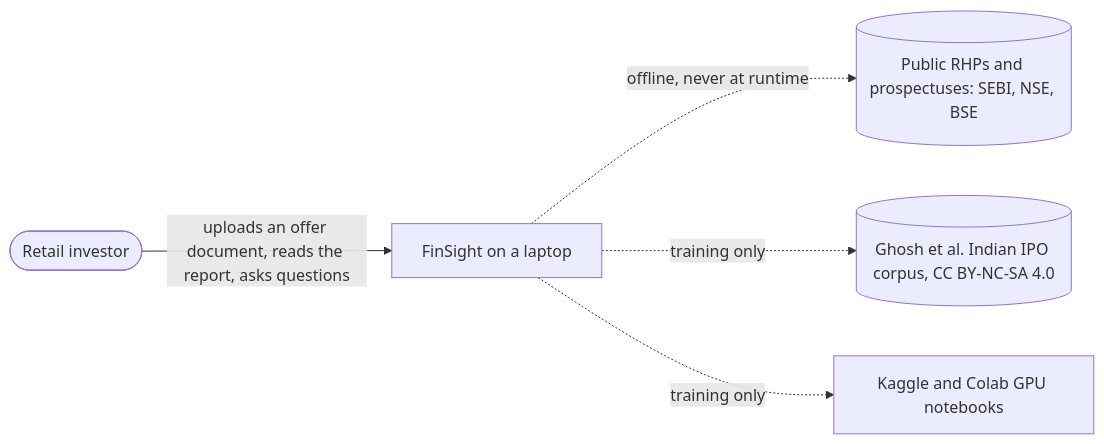
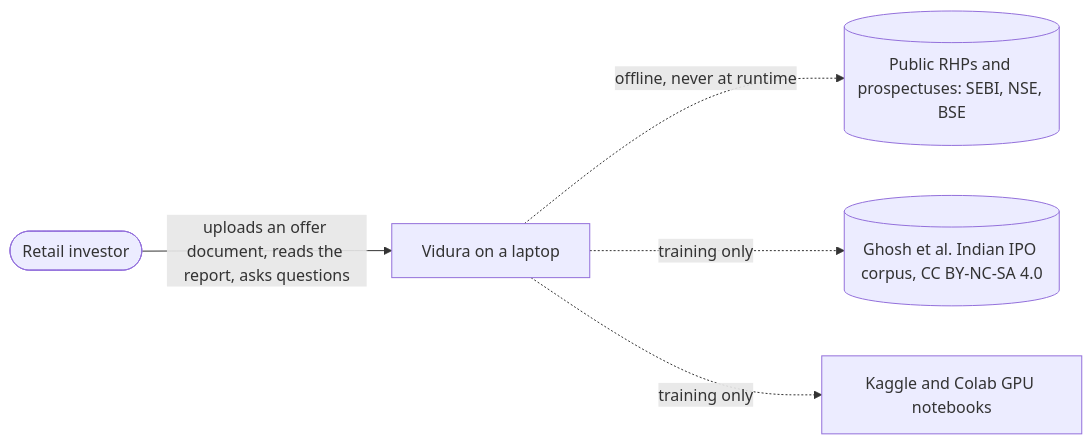
The first of 6 diagrams in docs/architecture/index.md (AkshatTm/FinSight-IPO-X-Ray-for-Indian-retail-investors), drawn with Mermaid before and after one commit. The commit also changed other lines of this file and 55 other files, not shown here.

First line of the commit message:
docs: rebrand FinSight to Vidura

````diff
--- a/docs/architecture/index.md
+++ b/docs/architecture/index.md
@@ -10,7 +10,7 @@
 ```mermaid
 flowchart LR
-  R([Retail investor]) -->|uploads an offer document, reads the report, asks questions| FS[FinSight on a laptop]
+  R([Retail investor]) -->|uploads an offer document, reads the report, asks questions| FS[Vidura on a laptop]
   FS -. offline, never at runtime .-> SEBI[(Public RHPs and prospectuses: SEBI, NSE, BSE)]
   FS -. training only .-> HF[(Ghosh et al. Indian IPO corpus, CC BY-NC-SA 4.0)]
   FS -. training only .-> GPU[Kaggle and Colab GPU notebooks]
 ```
````
